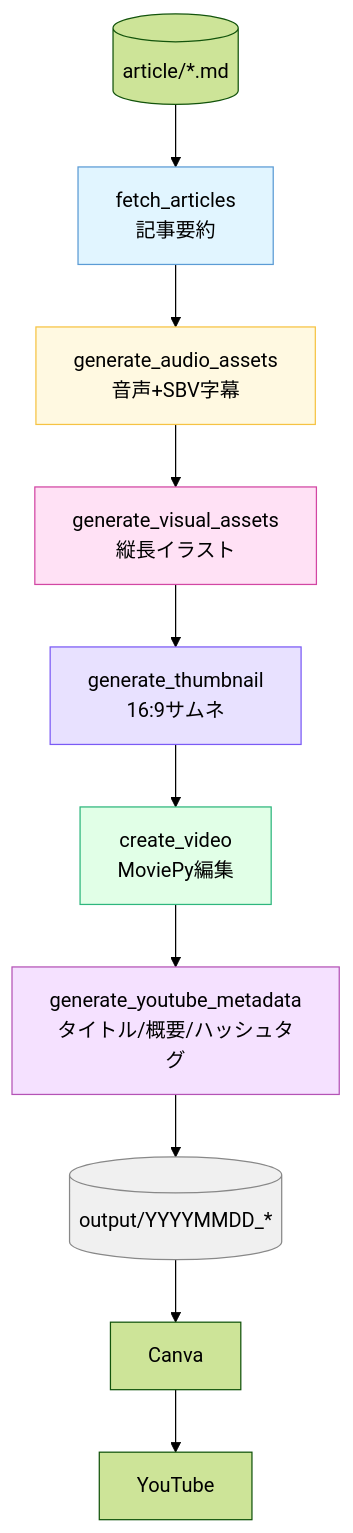
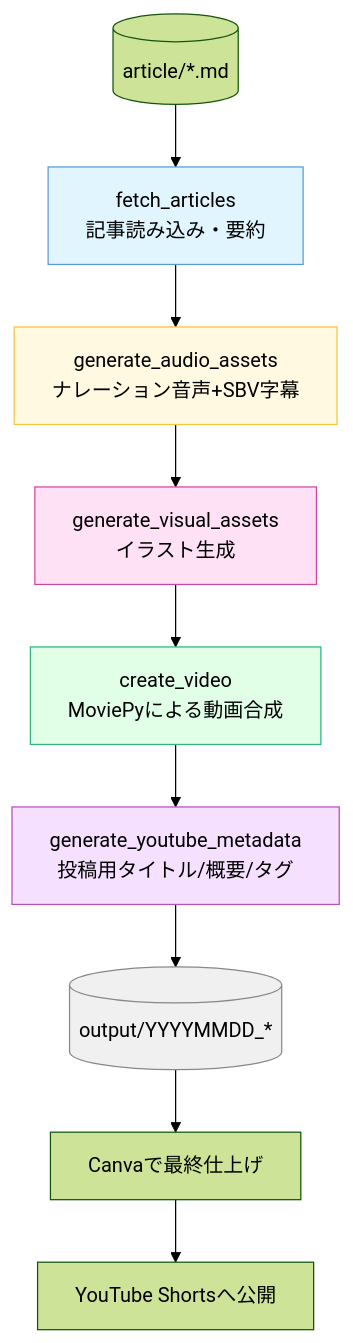
The first of 3 diagrams in article.md (Ken-kichi/news-article), drawn with Mermaid (forest theme) before and after one commit. The commit also changed other lines of this file and 3 other files, not shown here.

````diff
--- a/article.md
+++ b/article.md
@@ -89,20 +99,19 @@
 ```mermaid
 flowchart TD
-    Articles[(article/*.md)] --> Fetch[fetch_articles<br/>記事要約]
-    Fetch --> Audio[generate_audio_assets<br/>音声+SBV字幕]
-    Audio --> Visual[generate_visual_assets<br/>縦長イラスト]
-    Visual --> Thumb[generate_thumbnail<br/>16:9サムネ]
-    Thumb --> Video[create_video<br/>MoviePy編集]
-    Video --> Meta[generate_youtube_metadata<br/>タイトル/概要/ハッシュタグ]
+    Articles[(article/*.md)] --> Fetch[fetch_articles<br/>記事読み込み・要約]
+    Fetch --> Audio[generate_audio_assets<br/>ナレーション音声+SBV字幕]
+    Audio --> Visual[generate_visual_assets<br/>イラスト生成]
+    Visual --> Video[create_video<br/>MoviePyによる動画合成]
+    Video --> Meta[generate_youtube_metadata<br/>投稿用タイトル/概要/タグ]
     Meta --> Outputs[(output/YYYYMMDD_*)]
-    Outputs --> Canva
-    Canva --> YouTube
+    Outputs --> Canva[Canvaで最終仕上げ]
+    Canva --> YouTube[YouTube Shortsへ公開]
 
     style Fetch fill:#e1f5ff,stroke:#5b9bd5
     style Audio fill:#fff9e1,stroke:#f6c343
     style Visual fill:#ffe1f5,stroke:#d246a3
-    style Thumb fill:#e8e1ff,stroke:#7a5af5
     style Video fill:#e1ffe7,stroke:#2eb67d
     style Meta fill:#f5e1ff,stroke:#b453b6
     style Outputs fill:#f0f0f0,stroke:#888
+
 ```
````
